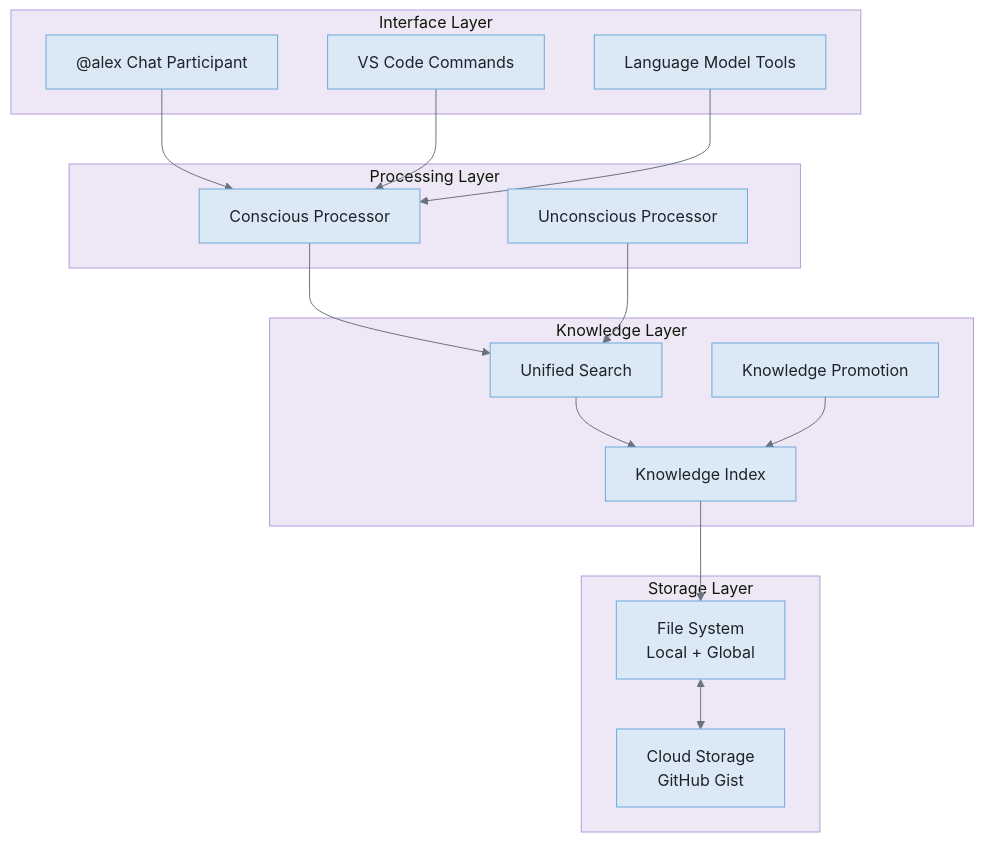
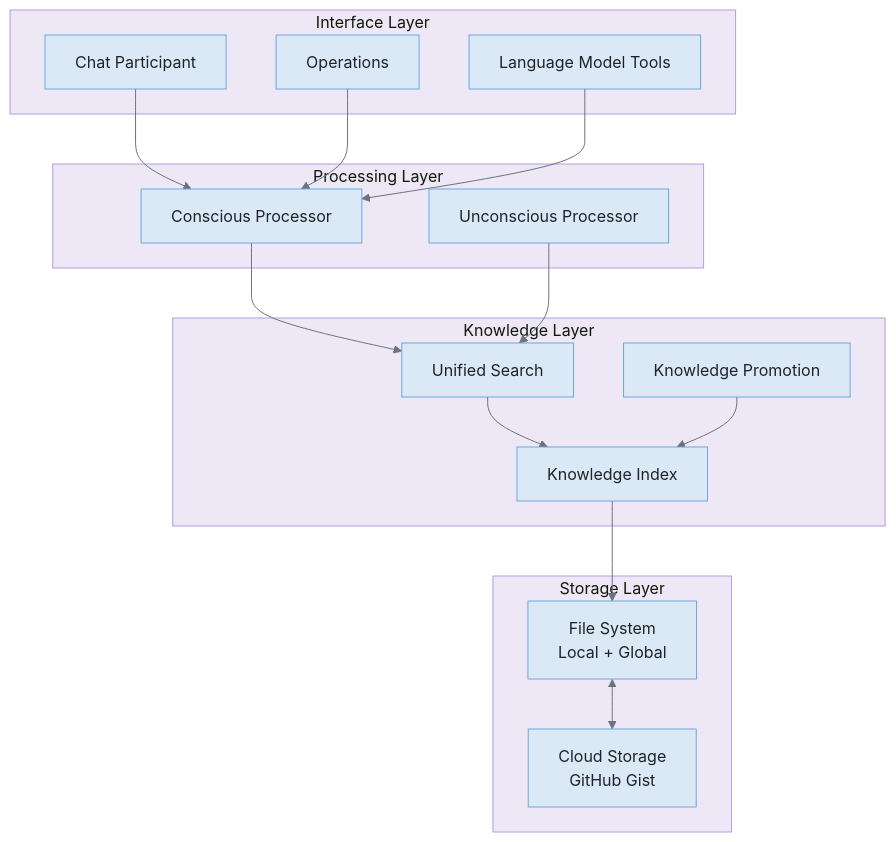
Before and after one commit to fabioc-aloha/Alex_Plug_In: the seventh of 7 diagrams in alex_docs/architecture/COGNITIVE-ARCHITECTURE.md, drawn with Mermaid. The commit also changed other lines of this file and 100 other files, not shown here.

````diff
--- a/alex_docs/architecture/COGNITIVE-ARCHITECTURE.md
+++ b/alex_docs/architecture/COGNITIVE-ARCHITECTURE.md
@@ -440,39 +440,39 @@
 ```mermaid
 %%{init: {'theme': 'base', 'themeVariables': {'background': '#f8f9fa', 'primaryColor': '#dbe9f6', 'primaryTextColor': '#1f2328', 'primaryBorderColor': '#6ea8d9', 'lineColor': '#6b7280', 'secondaryColor': '#d1f5ef', 'secondaryBorderColor': '#5ab5a0', 'tertiaryColor': '#ede7f6', 'tertiaryBorderColor': '#b39ddb', 'edgeLabelBackground': '#ffffff', 'fontFamily': 'Segoe UI, system-ui, sans-serif'}}}%%
 graph TB
     subgraph "Interface Layer"
-        CHAT["@alex Chat Participant"]
-        CMD[VS Code Commands]
+        CHAT["Chat Participant"]
+        CMD[Operations]
         API[Language Model Tools]
     end
 
     subgraph "Processing Layer"
         CONSCIOUS[Conscious Processor]
         UNCONSCIOUS[Unconscious Processor]
     end
 
     subgraph "Knowledge Layer"
         SEARCH[Unified Search]
         INDEX[Knowledge Index]
         PROMOTE[Knowledge Promotion]
     end
 
     subgraph "Storage Layer"
         FS[File System<br/>Local + Global]
         CLOUD[Cloud Storage<br/>GitHub Gist]
     end
 
     CHAT --> CONSCIOUS
     CMD --> CONSCIOUS
     API --> CONSCIOUS
 
     CONSCIOUS --> SEARCH
     UNCONSCIOUS --> SEARCH
 
     SEARCH --> INDEX
     INDEX --> FS
 
     PROMOTE --> INDEX
 
     FS <--> CLOUD
 ```
````
